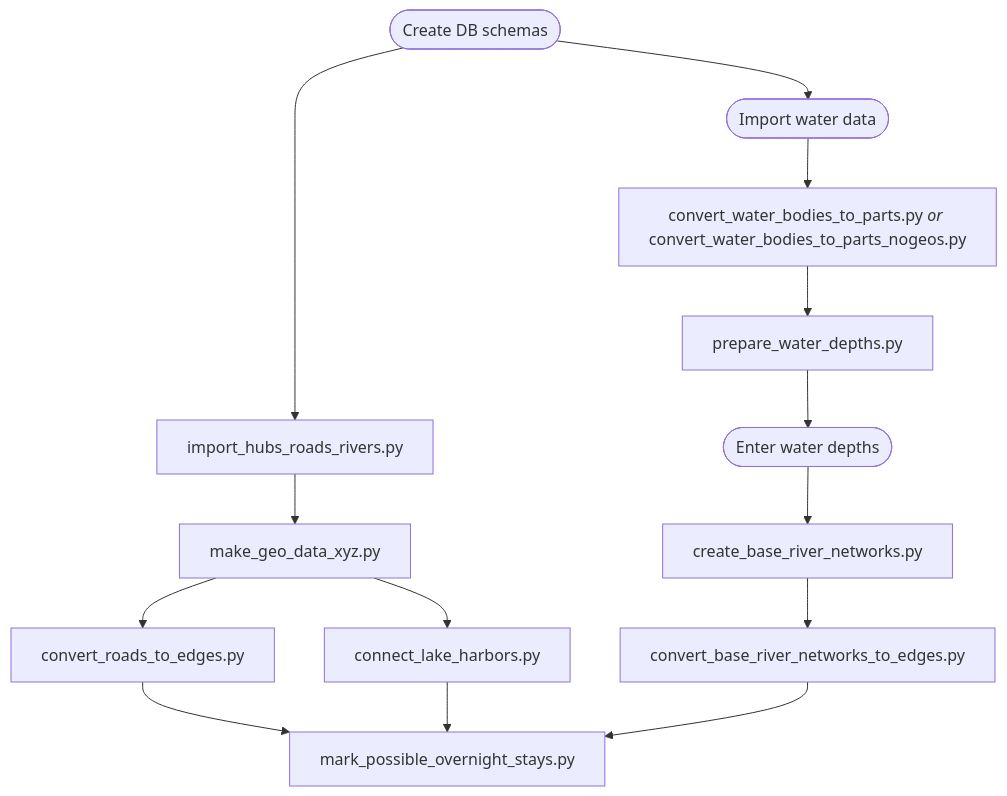
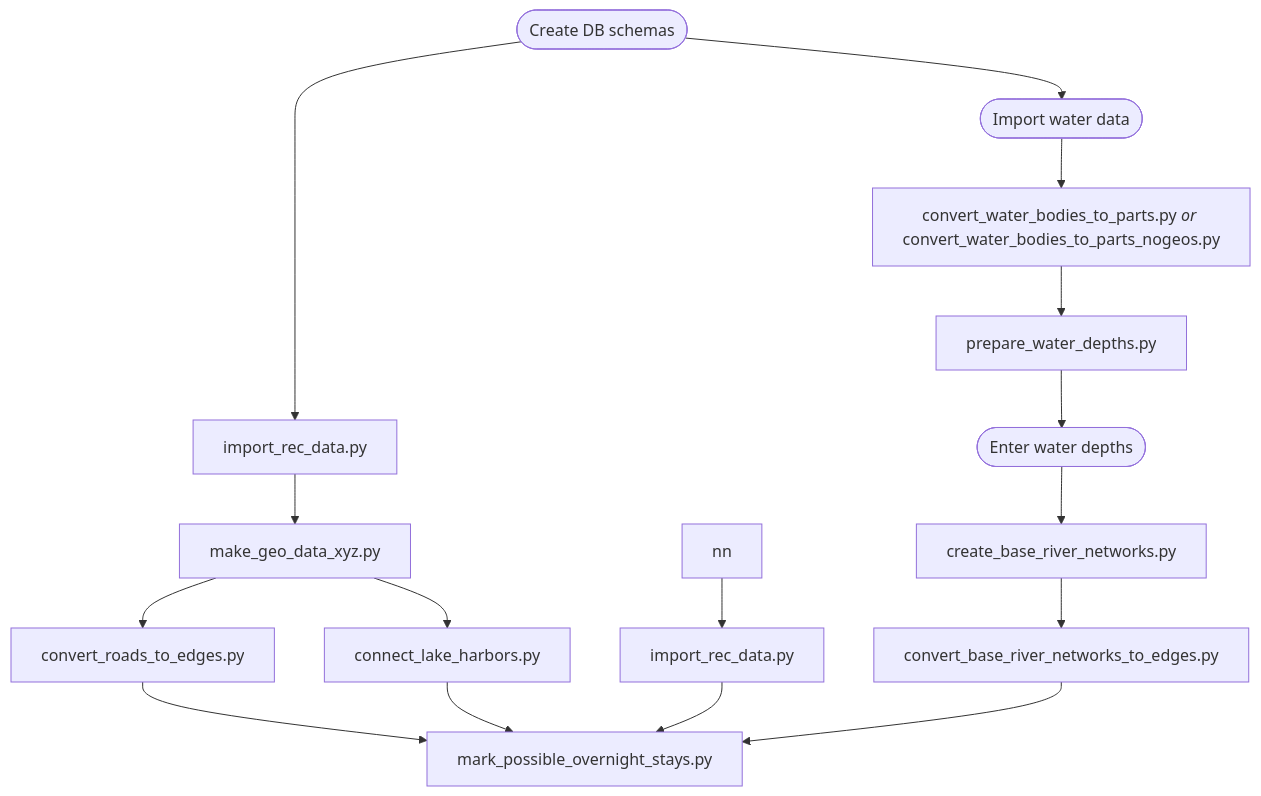
The diagram in precalculation/README.md (Simulation-of-Traffic-and-Transport/SiTT), drawn with Mermaid before and after one commit. The commit also changed other lines of this file and 2 other files, not shown here.

Commit message:
Update importer, enhance output for errors, so we can fix them automatically.

````diff
--- a/precalculation/README.md
+++ b/precalculation/README.md
@@ -9,25 +9,27 @@
 ```mermaid
 flowchart TD
     schema(["Create DB schemas"])
     water(["Import water data"])
-    hubs_roads_rivers["import_hubs_roads_rivers.py"]
+    hubs_roads_rivers["import_rec_data.py"]
     geo_data["make_geo_data_xyz.py"]
     convert_roads["convert_roads_to_edges.py"]
+    convert_rivers["import_rec_data.py"]
     convert_lakes["connect_lake_harbors.py"]
     convert_wb["`convert_water_bodies_to_parts.py *or* convert_water_bodies_to_parts_nogeos.py`"]
     prepare_water_depths["prepare_water_depths.py"]
     enter_depths(["Enter water depths"])
     base_river["create_base_river_networks.py"]
     river_edges["convert_base_river_networks_to_edges.py"]
     overnight_stays["mark_possible_overnight_stays.py"]
     
     schema --> water
     schema --> hubs_roads_rivers
     
 
     hubs_roads_rivers --> geo_data
     
     geo_data --> convert_roads --> overnight_stays
     geo_data --> convert_lakes --> overnight_stays
+    nn --> convert_rivers --> overnight_stays
     water --> convert_wb --> prepare_water_depths --> enter_depths --> base_river --> river_edges --> overnight_stays
 ```
````
